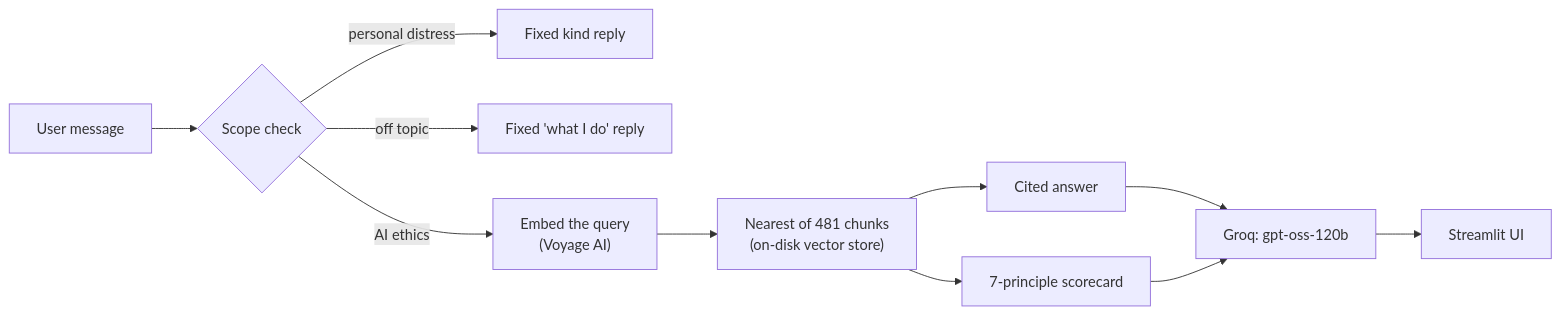
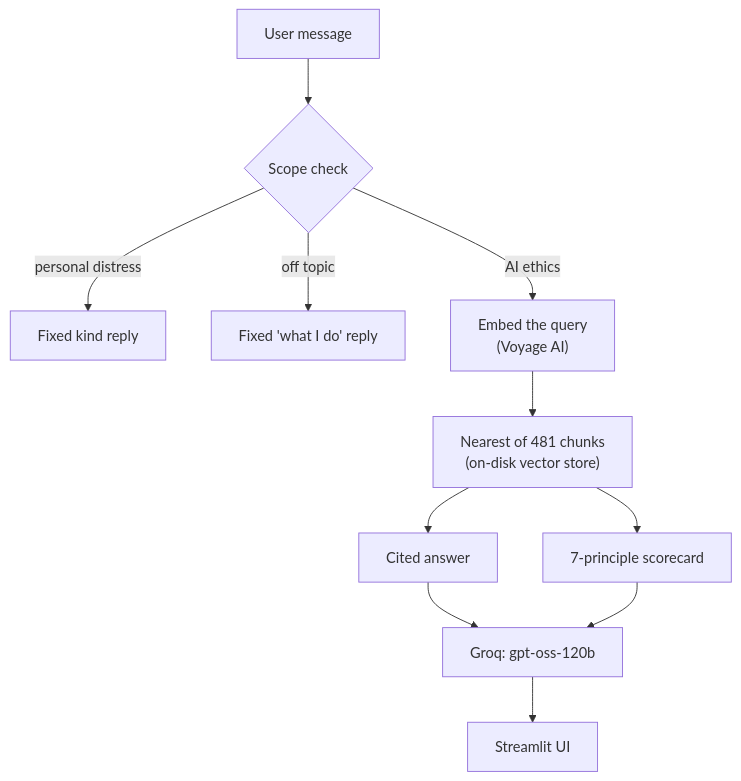
Before and after one commit to 23f1000642/viveka: the diagram in README.md, drawn with Mermaid. The commit also changed 1 other file, not shown here.

Commit message:
docs: lay the request-time diagram out top-down so its text is readable

````diff
--- a/README.md
+++ b/README.md
@@ -25,13 +25,13 @@
 ```mermaid
-flowchart LR
+flowchart TD
     U["User message"] --> S{"Scope check"}
     S -- "personal distress" --> D["Fixed kind reply"]
     S -- "off topic" --> O["Fixed 'what I do' reply"]
     S -- "AI ethics" --> E["Embed the query<br/>(Voyage AI)"]
     E --> V["Nearest of 481 chunks<br/>(on-disk vector store)"]
     V --> G["Cited answer"]
     V --> C["7-principle scorecard"]
     G --> L["Groq: gpt-oss-120b"]
     C --> L
     L --> UI["Streamlit UI"]
 ```
````
